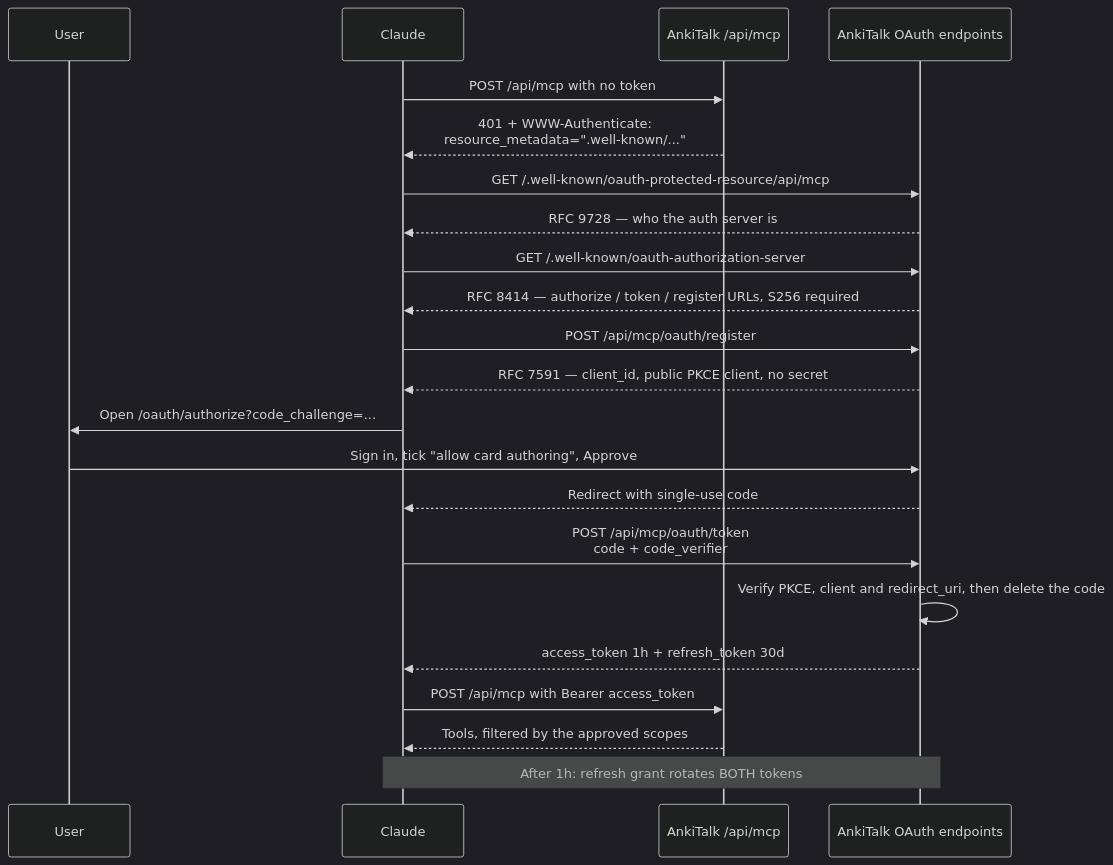
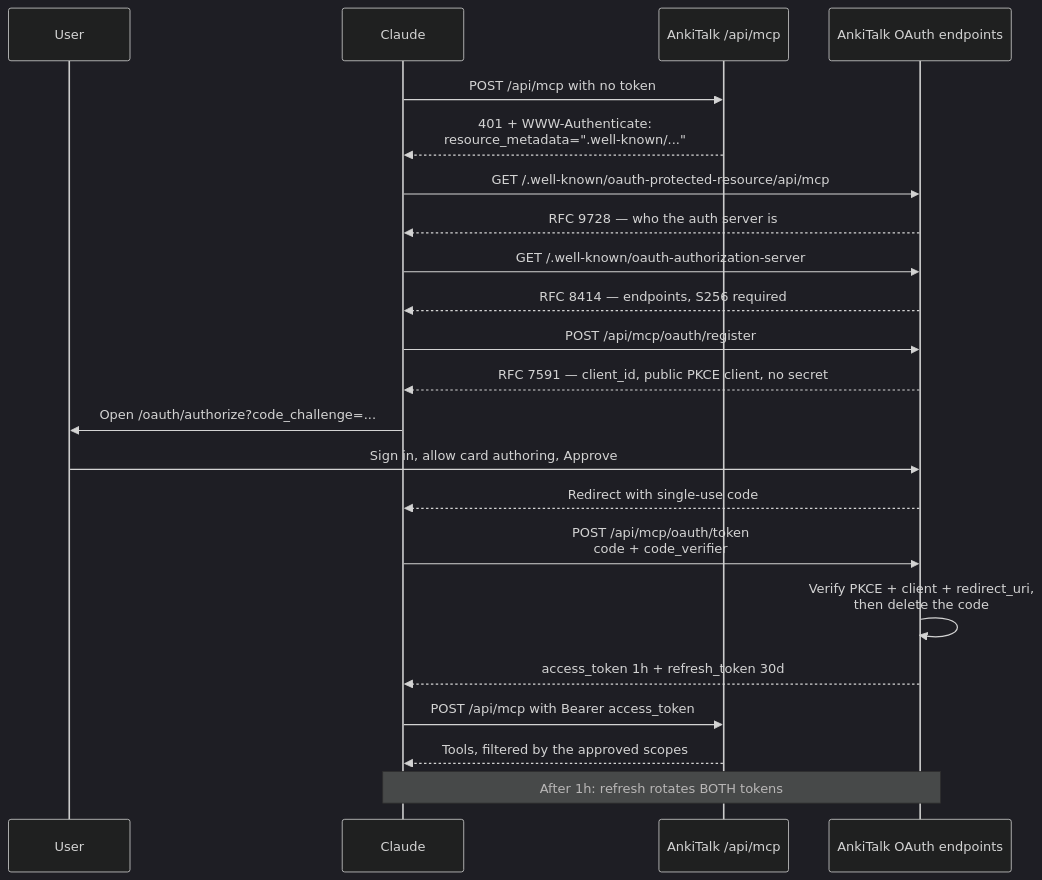
One commit to sebastiangeiger01/ankitalk changed the seventh of 12 diagrams in docs/mcp-presentation.md. Above: the diagram before and after it, drawn with Mermaid (dark theme). The commit also changed other lines of this file, not shown here.

First line of the commit message:
Improve diagram legibility in the MCP walkthrough

````diff
--- a/docs/mcp-presentation.md
+++ b/docs/mcp-presentation.md
@@ -202,30 +202,30 @@
 ```mermaid
 sequenceDiagram
   participant U as User
   participant CL as Claude
   participant RS as AnkiTalk /api/mcp
   participant AS as AnkiTalk OAuth endpoints
 
   CL->>RS: POST /api/mcp with no token
   RS-->>CL: 401 + WWW-Authenticate:<br/>resource_metadata=".well-known/..."
   CL->>AS: GET /.well-known/oauth-protected-resource/api/mcp
   AS-->>CL: RFC 9728 — who the auth server is
   CL->>AS: GET /.well-known/oauth-authorization-server
-  AS-->>CL: RFC 8414 — authorize / token / register URLs, S256 required
+  AS-->>CL: RFC 8414 — endpoints, S256 required
 
   CL->>AS: POST /api/mcp/oauth/register
   AS-->>CL: RFC 7591 — client_id, public PKCE client, no secret
 
   CL->>U: Open /oauth/authorize?code_challenge=...
-  U->>AS: Sign in, tick "allow card authoring", Approve
+  U->>AS: Sign in, allow card authoring, Approve
   AS-->>CL: Redirect with single-use code
 
   CL->>AS: POST /api/mcp/oauth/token<br/>code + code_verifier
-  AS->>AS: Verify PKCE, client and redirect_uri, then delete the code
+  AS->>AS: Verify PKCE + client + redirect_uri,<br/>then delete the code
   AS-->>CL: access_token 1h + refresh_token 30d
 
   CL->>RS: POST /api/mcp with Bearer access_token
   RS-->>CL: Tools, filtered by the approved scopes
 
-  Note over CL,AS: After 1h: refresh grant rotates BOTH tokens
+  Note over CL,AS: After 1h: refresh rotates BOTH tokens
 ```
````
